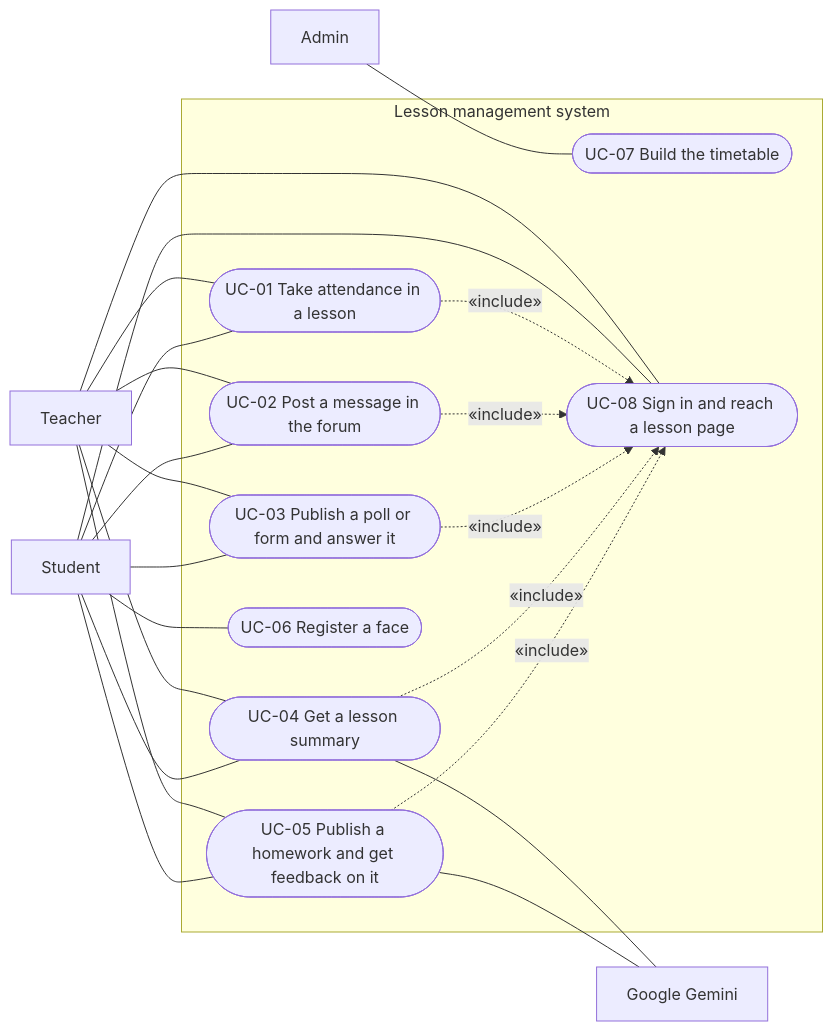
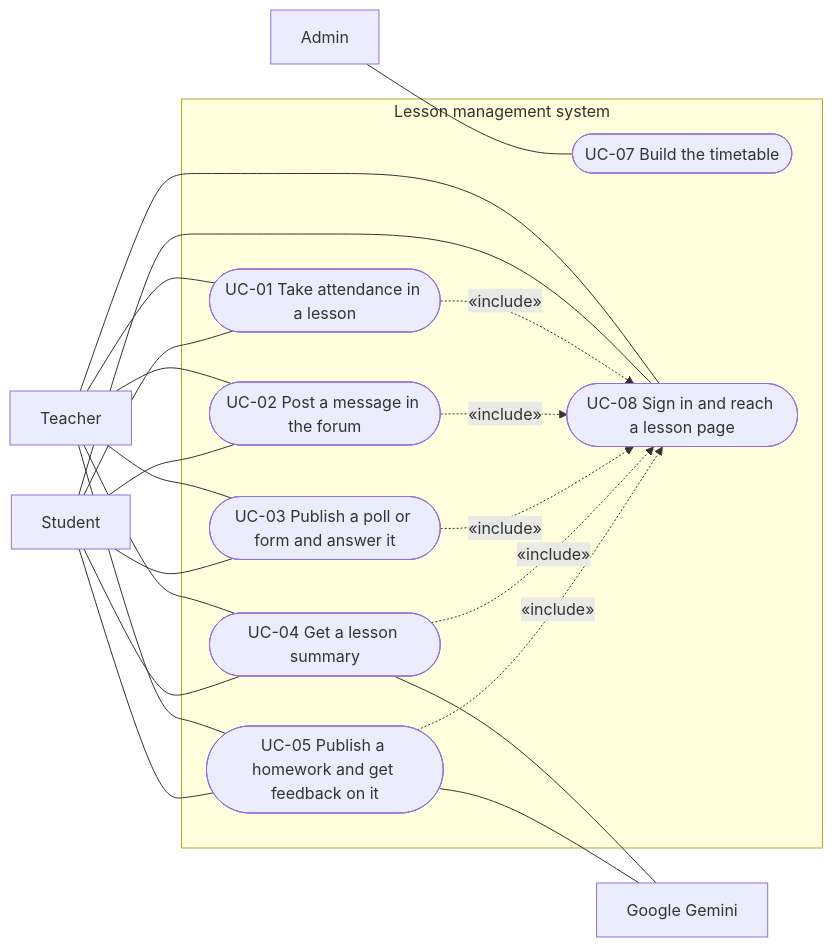
The first of 2 diagrams in docs/05-use-cases.md (aviya1221/ASG2_OOP), drawn with Mermaid before and after one commit. The commit also changed other lines of this file and 1 other file, not shown here.

Commit message:
docs(use-cases): take attendance by confirmation and a face count, and withdraw face registration

````diff
--- a/docs/05-use-cases.md
+++ b/docs/05-use-cases.md
@@ -82,41 +82,39 @@
 ```mermaid
 flowchart LR
   admin["Admin"]
   teacher["Teacher"]
   student["Student"]
   gemini["Google Gemini"]
 
   subgraph product["Lesson management system"]
     uc1(["UC-01 Take attendance in a lesson"])
     uc2(["UC-02 Post a message in the forum"])
     uc3(["UC-03 Publish a poll or form and answer it"])
     uc4(["UC-04 Get a lesson summary"])
     uc5(["UC-05 Publish a homework and get feedback on it"])
-    uc6(["UC-06 Register a face"])
     uc7(["UC-07 Build the timetable"])
     uc8(["UC-08 Sign in and reach a lesson page"])
   end
 
   admin --- uc7
   teacher --- uc1
   teacher --- uc2
   teacher --- uc3
   teacher --- uc4
   teacher --- uc5
   teacher --- uc8
   student --- uc1
   student --- uc2
   student --- uc3
   student --- uc4
   student --- uc5
-  student --- uc6
   student --- uc8
   uc4 --- gemini
   uc5 --- gemini
 
   uc1 -. "«include»" .-> uc8
   uc2 -. "«include»" .-> uc8
   uc3 -. "«include»" .-> uc8
   uc4 -. "«include»" .-> uc8
   uc5 -. "«include»" .-> uc8
 ```
````
